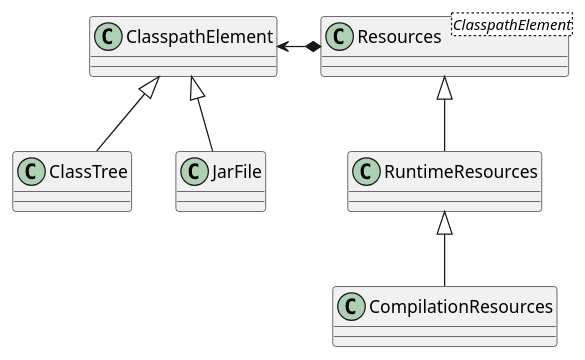
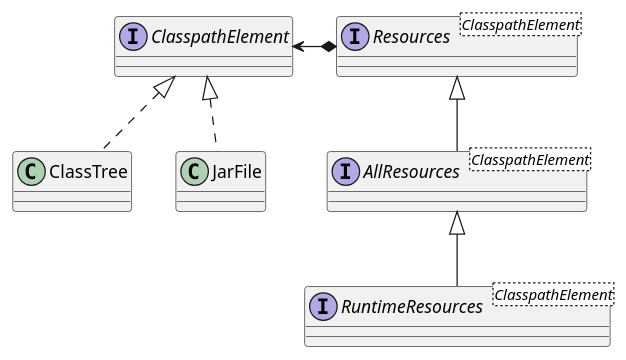
The fifth of 5 diagrams in overview.md (mnlipp/JDrupes-Builder), drawn with PlantUML before and after one commit. The commit also changed 40 other files, not shown here.

```diff
--- a/overview.md
+++ b/overview.md
@@ -64,16 +64,17 @@
 @startuml java-base-types.svg
 class ClassTree
 class JarFile
-class ClasspathElement
+interface ClasspathElement
 
-ClasspathElement <|-down- JarFile
-ClasspathElement <|-down- ClassTree
+ClasspathElement <|.down. JarFile
+ClasspathElement <|.down. ClassTree
 
-class Resources<ClasspathElement>
+interface Resources<ClasspathElement>
 Resources *-left-> ClasspathElement
 
-class RuntimeResources
-Resources <|-- RuntimeResources
-class CompilationResources
-RuntimeResources <|-- CompilationResources
+interface AllResources<ClasspathElement>
+Resources <|-- AllResources
+
+interface RuntimeResources<ClasspathElement>
+AllResources <|-- RuntimeResources
 @enduml
```
